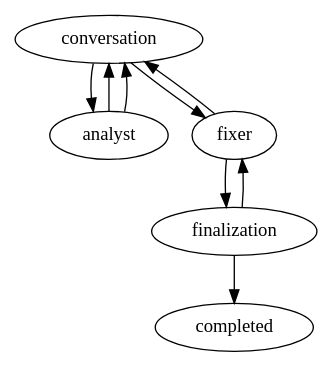
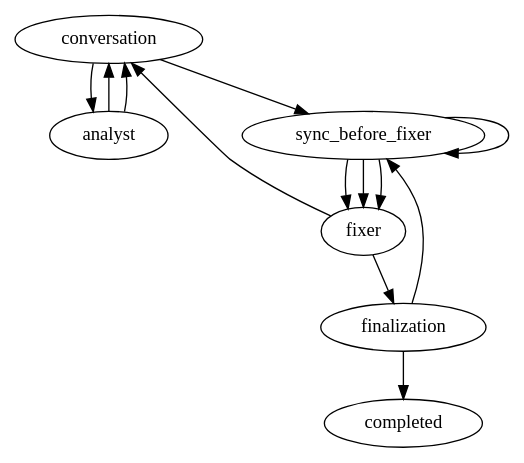
Before and after one commit to marioatcloudvane/litefactory: the diagram in teams/go-development/v1.0.0/bug/bug.dot, drawn with Graphviz. The commit also changed 1006 other files, not shown here.

```diff
--- a/teams/go-development/v1.0.0/bug/bug.dot
+++ b/teams/go-development/v1.0.0/bug/bug.dot
@@ -1,19 +1,24 @@
 // One conversation, one bounded fixer invocation, automatic factory delivery.
 // Questions and all stopping outcomes park at their origin. Owner guidance
 // resumes that origin once; only exact approval releases an unapproved repair.
 digraph bug {
  graph [team="go-development",workflow="bug",profile_version="2",start="conversation"];
  conversation [lf_action="lf_loop",lf_contract="owner_conversation",lf_outcomes="analyse,approved,blocked",lf_limit="64",lf_park="owner",lf_stop="blocked,failed,invalid,exhausted"];
- analyst [lf_action="lf_agent",lf_agent_markdown="bug-analyst",lf_skills="bug-analysis-result,litefactory-rules",lf_model_tier="flagship",lf_access="read",lf_response="result",lf_outcomes="ask,done,blocked",lf_limit="8",lf_park="owner",lf_stop="blocked,failed,invalid,exhausted"];
- fixer [lf_action="lf_agent",lf_agent_markdown="bug-fixer",lf_skills="bug-repair-result,litefactory-rules",lf_response="result",lf_outcomes="succeeded,reshape,blocked",lf_limit="3",lf_park="owner",lf_stop="blocked,failed,invalid,exhausted"];
+ analyst [lf_action="lf_agent",lf_agent_markdown="bug-analyst",lf_skills="bug-analysis-result,go-stack,litefactory-rules",lf_model_tier="flagship",lf_access="read",lf_response="result",lf_outcomes="ask,done,blocked",lf_limit="8",lf_park="owner",lf_stop="blocked,failed,invalid,exhausted"];
+ sync_before_fixer [lf_action="lf_sync_base",lf_outcomes="synced,current,conflict,retry,deferred",lf_limit="8",lf_park="owner",lf_stop="conflict,failed,invalid,exhausted"];
+ fixer [lf_action="lf_agent",lf_agent_markdown="bug-fixer",lf_skills="bug-repair-result,go-stack,litefactory-rules",lf_response="result",lf_outcomes="succeeded,reshape,blocked",lf_limit="3",lf_park="owner",lf_stop="blocked,failed,invalid,exhausted"];
  finalization [lf_action="lf_bug_finalize",lf_owner_continuation="required",lf_outcomes="completed,revalidate,stale,blocked",lf_limit="16",lf_park="owner",lf_stop="blocked,failed,invalid,exhausted,stale"];
  completed [lf_terminal="true"];
  conversation -> analyst [lf_on="analyse"];
- conversation -> fixer [lf_on="approved"];
+ conversation -> sync_before_fixer [lf_on="approved"];
  analyst -> conversation [lf_on="ask"];
  analyst -> conversation [lf_on="done"];
  fixer -> conversation [lf_on="reshape"];
  fixer -> finalization [lf_on="succeeded"];
- finalization -> fixer [lf_on="revalidate"];
+ finalization -> sync_before_fixer [lf_on="revalidate"];
+ sync_before_fixer -> fixer [lf_on="synced"];
+ sync_before_fixer -> fixer [lf_on="current"];
+ sync_before_fixer -> fixer [lf_on="deferred"];
+ sync_before_fixer -> sync_before_fixer [lf_on="retry"];
  finalization -> completed [lf_on="completed"];
 }
```
